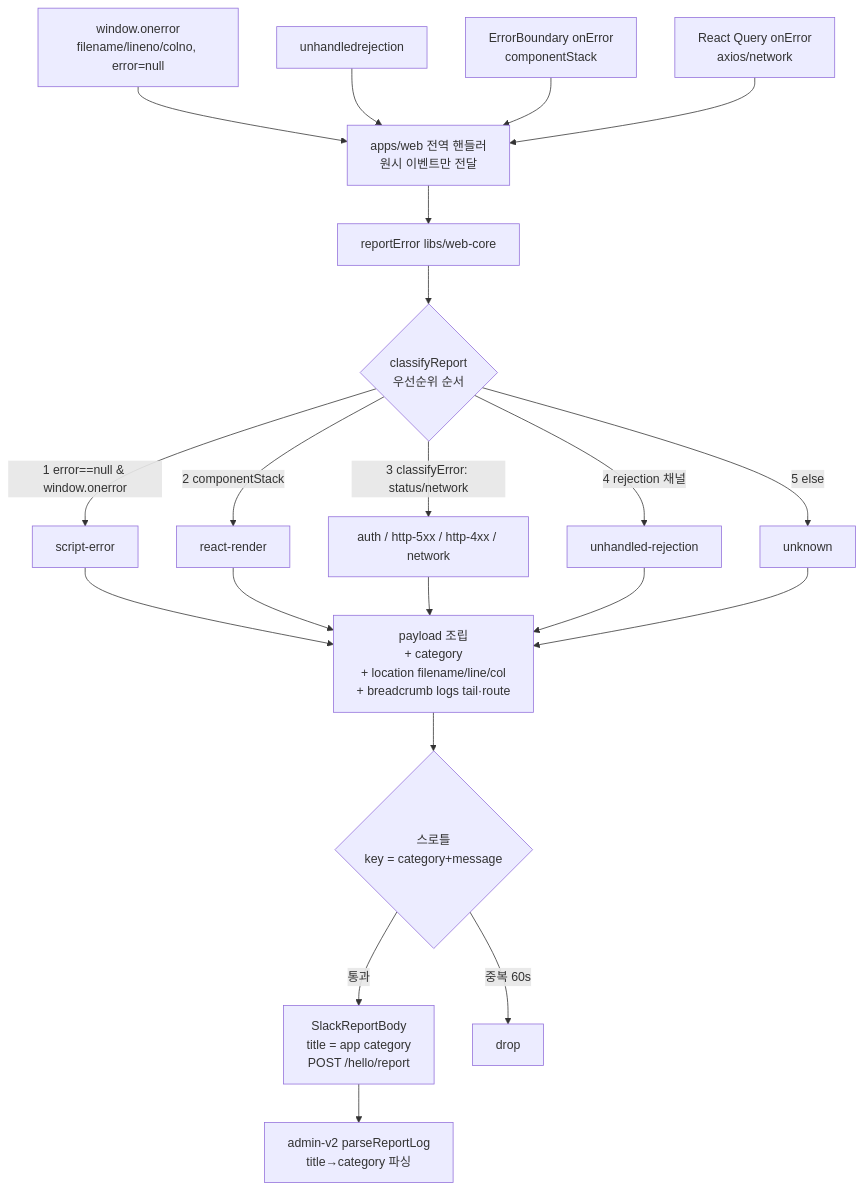
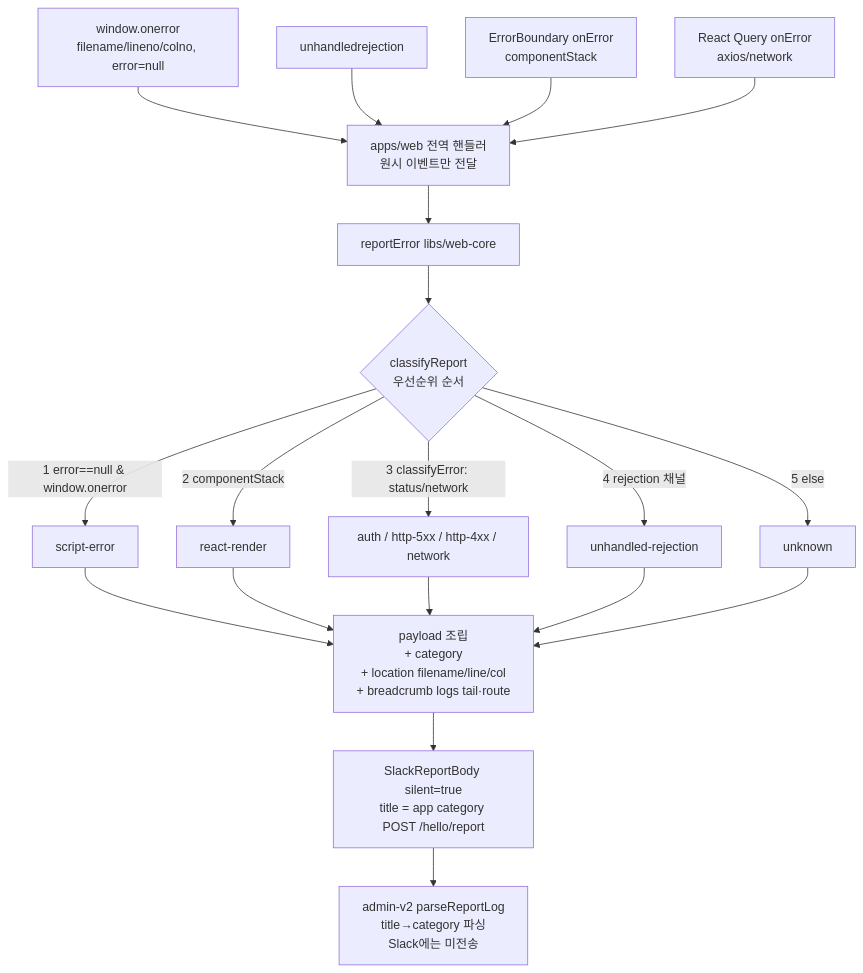
One commit to lemoncloud-io/dou-app changed the diagram in libs/web-core/docs/error-reporting.md. Above: the diagram before and after it, drawn with Mermaid. The commit also changed other lines of this file and 10 other files, not shown here.

````diff
--- a/libs/web-core/docs/error-reporting.md
+++ b/libs/web-core/docs/error-reporting.md
@@ -70,21 +73,19 @@
 ```mermaid
 flowchart TD
     A[window.onerror<br/>filename/lineno/colno, error=null] --> H
     B[unhandledrejection] --> H
     C[ErrorBoundary onError<br/>componentStack] --> H
     D[React Query onError<br/>axios/network] --> H
     H[apps/web 전역 핸들러<br/>원시 이벤트만 전달] --> RE
 
     RE[reportError libs/web-core] --> CAT{classifyReport<br/>우선순위 순서}
     CAT -->|1 error==null &amp window.onerror| S[script-error]
     CAT -->|2 componentStack| RR[react-render]
     CAT -->|3 classifyError: status/network| HTTP[auth / http-5xx / http-4xx / network]
     CAT -->|4 rejection 채널| UR[unhandled-rejection]
     CAT -->|5 else| UN[unknown]
 
     S & RR & HTTP & UR & UN --> BUILD[payload 조립<br/>+ category<br/>+ location filename/line/col<br/>+ breadcrumb logs tail·route]
-    BUILD --> TH{스로틀<br/>key = category+message}
-    TH -->|통과| POST[SlackReportBody<br/>title = app category <br/>POST /hello/report]
-    TH -->|중복 60s| DROP[drop]
-    POST --> ADMIN[admin-v2 parseReportLog<br/>title→category 파싱]
+    BUILD --> POST[SlackReportBody silent=true<br/>title = app category <br/>POST /hello/report]
+    POST --> ADMIN[admin-v2 parseReportLog<br/>title→category 파싱<br/>Slack에는 미전송]
 ```
````
